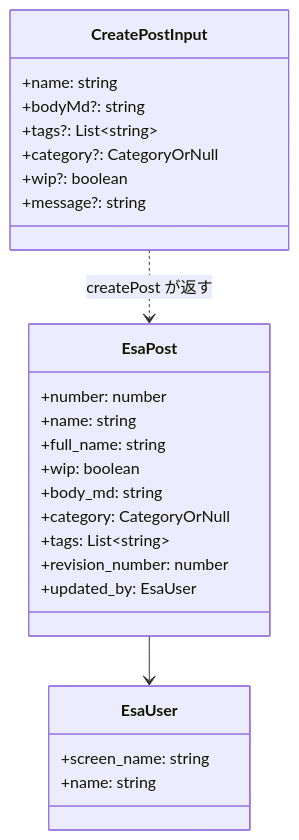
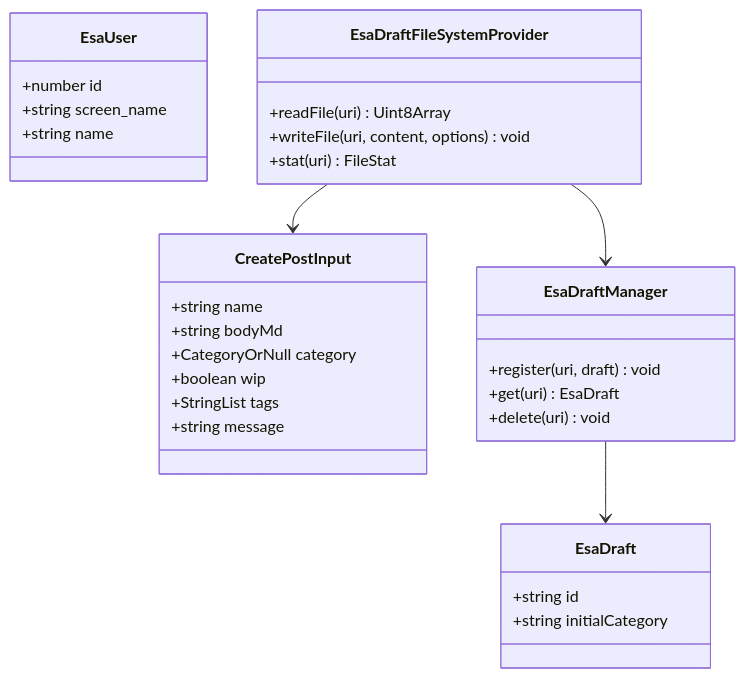
Before and after one commit to LevelCapCoJapanTools/vscode_esa_explorer: the seventh of 7 diagrams in .github/copilot/plans/3-create-post.md, drawn with Mermaid. The commit also changed other lines of this file and 1 other file, not shown here.

````diff
--- a/.github/copilot/plans/3-create-post.md
+++ b/.github/copilot/plans/3-create-post.md
@@ -584,30 +252,33 @@
 ```mermaid
 classDiagram
-  direction TB
-  %% CategoryOrNull は TypeScript の string | null に対応（Mermaid の Union 記法回避のため単純化）。正式な完全表記は 6.3.3.2 を参照
-  class CreatePostInput {
-    +name: string
-    +bodyMd?: string
-    +tags?: List~string~
-    +category?: CategoryOrNull
-    +wip?: boolean
-    +message?: string
-  }
-  class EsaPost {
-    +number: number
-    +name: string
-    +full_name: string
-    +wip: boolean
-    +body_md: string
-    +category: CategoryOrNull
-    +tags: List~string~
-    +revision_number: number
-    +updated_by: EsaUser
-  }
-  class EsaUser {
-    +screen_name: string
-    +name: string
-  }
-  EsaPost --> EsaUser
-  CreatePostInput ..> EsaPost : createPost が返す
+    class CreatePostInput {
+        +string name
+        +string bodyMd
+        +CategoryOrNull category
+        +boolean wip
+        +StringList tags
+        +string message
+    }
+    class EsaUser {
+        +number id
+        +string screen_name
+        +string name
+    }
+    class EsaDraft {
+        +string id
+        +string initialCategory
+    }
+    class EsaDraftManager {
+        +register(uri, draft) void
+        +get(uri) EsaDraft
+        +delete(uri) void
+    }
+    class EsaDraftFileSystemProvider {
+        +readFile(uri) Uint8Array
+        +writeFile(uri, content, options) void
+        +stat(uri) FileStat
+    }
+    EsaDraftManager --> EsaDraft
+    EsaDraftFileSystemProvider --> EsaDraftManager
+    EsaDraftFileSystemProvider --> CreatePostInput
 ```
````
